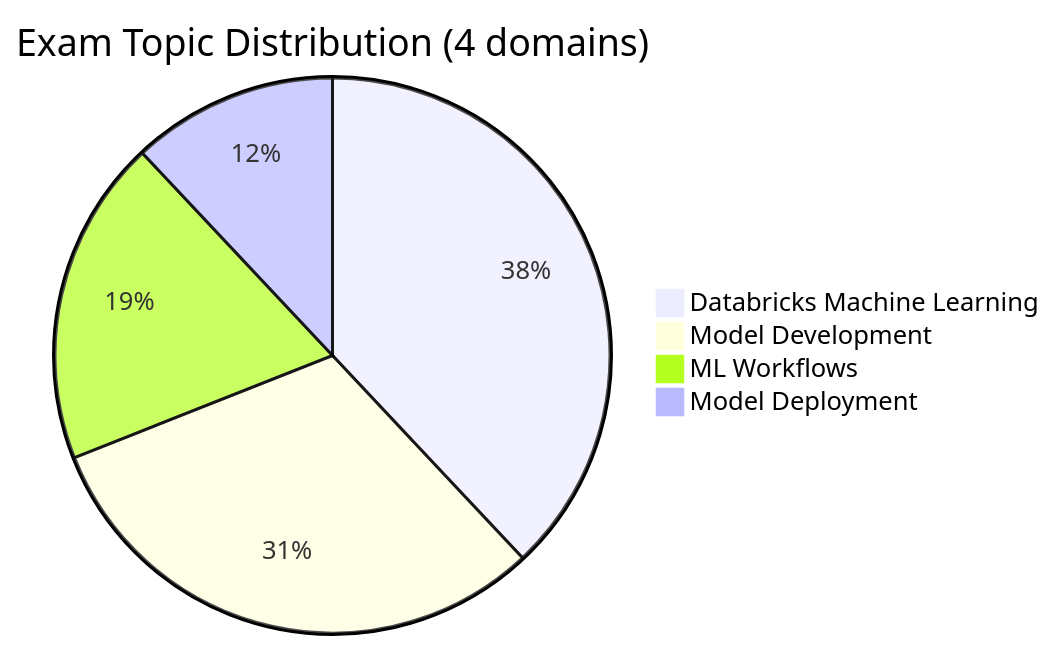
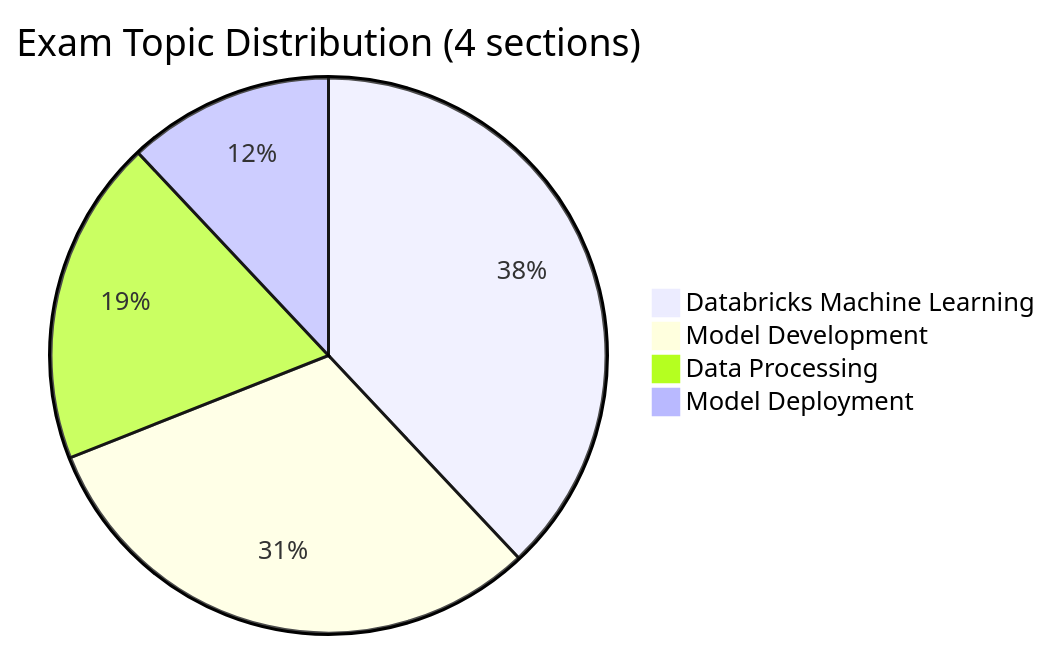
Before and after one commit to kengio/databricks-certification-study-guide: the diagram in certifications/ml-associate/README.md, drawn with Mermaid. The commit also changed other lines of this file and 50 other files, not shown here.

First line of the commit message:
docs(ml-assoc): realign to re-issued exam guide sections + current APIs (#34)

````diff
--- a/certifications/ml-associate/README.md
+++ b/certifications/ml-associate/README.md
@@ -42,7 +49,7 @@
 ```mermaid
-pie title Exam Topic Distribution (4 domains)
+pie title Exam Topic Distribution (4 sections)
     "Databricks Machine Learning" : 38
     "Model Development" : 31
-    "ML Workflows" : 19
+    "Data Processing" : 19
     "Model Deployment" : 12
 ```
````
